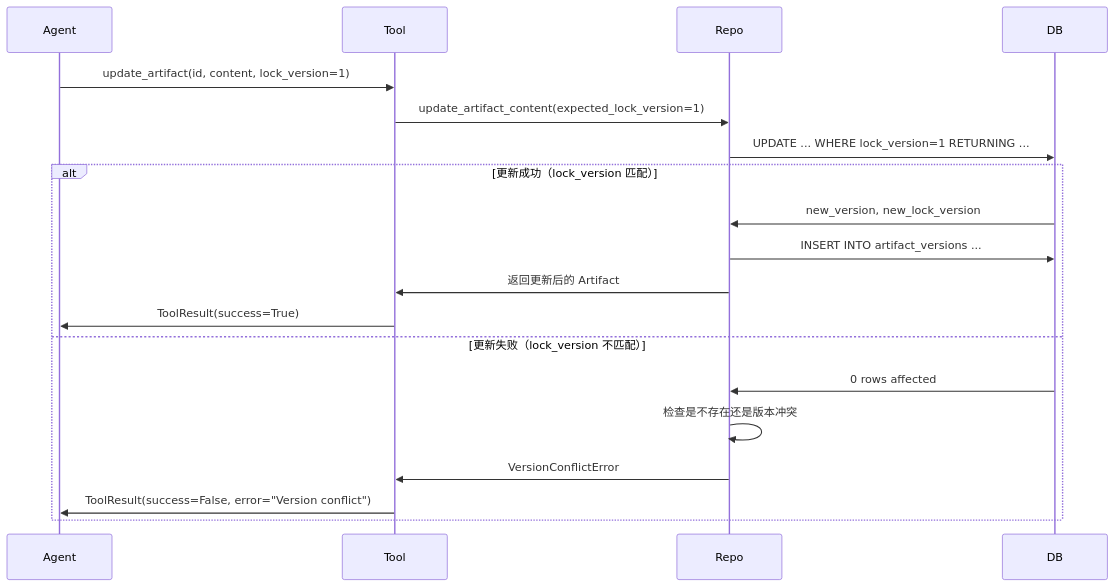
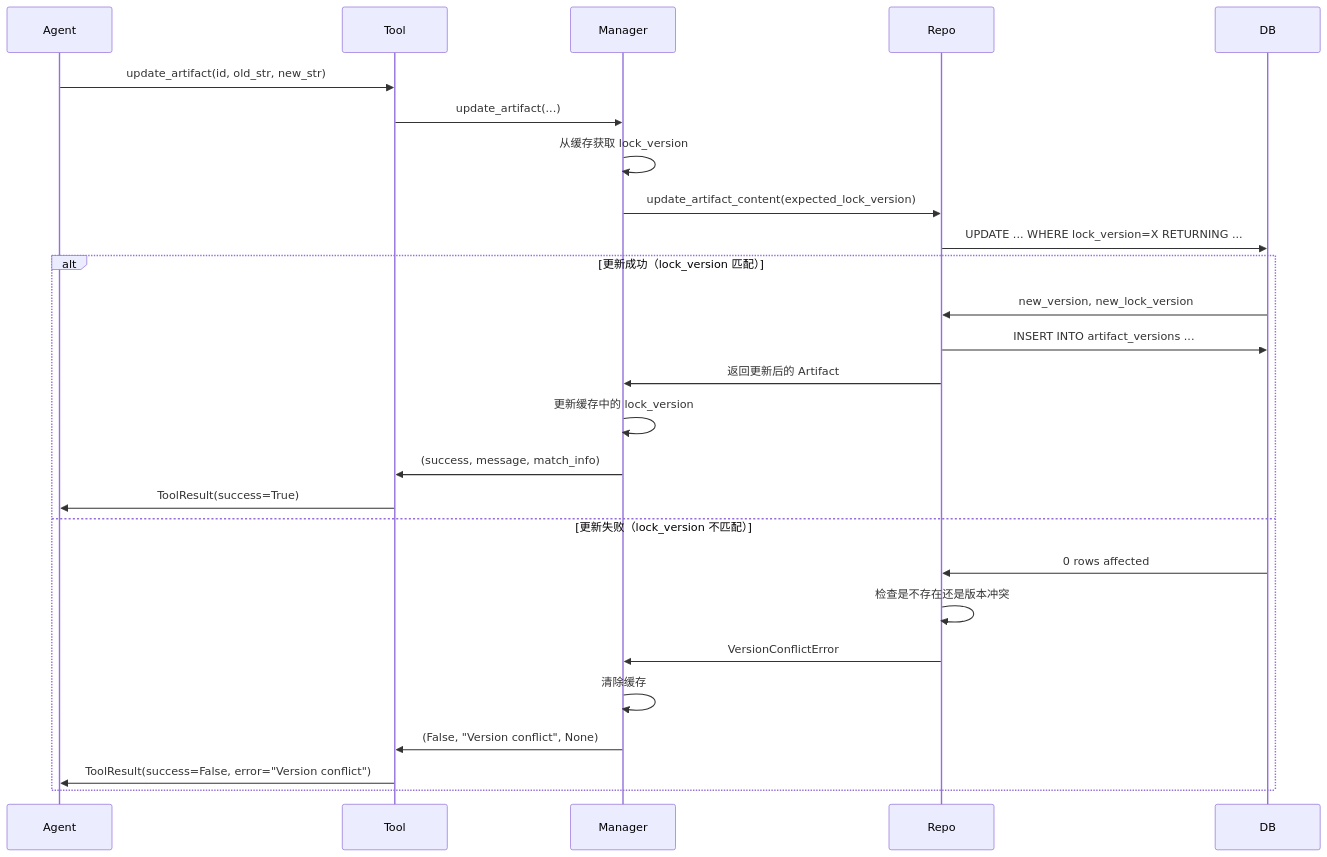
The second of 2 diagrams in docs/architecture/data-layer.md (Neutrino1998/artifact-flow), drawn with Mermaid before and after one commit. The commit also changed other lines of this file, not shown here.

Commit message:
fix: fix discrepancy

````diff
--- a/docs/architecture/data-layer.md
+++ b/docs/architecture/data-layer.md
@@ -404,23 +404,30 @@
 ```mermaid
 sequenceDiagram
     participant Agent
     participant Tool
+    participant Manager
     participant Repo
     participant DB
 
-    Agent->>Tool: update_artifact(id, content, lock_version=1)
-    Tool->>Repo: update_artifact_content(expected_lock_version=1)
-    Repo->>DB: UPDATE ... WHERE lock_version=1 RETURNING ...
+    Agent->>Tool: update_artifact(id, old_str, new_str)
+    Tool->>Manager: update_artifact(...)
+    Manager->>Manager: 从缓存获取 lock_version
+    Manager->>Repo: update_artifact_content(expected_lock_version)
+    Repo->>DB: UPDATE ... WHERE lock_version=X RETURNING ...
 
     alt 更新成功（lock_version 匹配）
         DB->>Repo: new_version, new_lock_version
         Repo->>DB: INSERT INTO artifact_versions ...
-        Repo->>Tool: 返回更新后的 Artifact
+        Repo->>Manager: 返回更新后的 Artifact
+        Manager->>Manager: 更新缓存中的 lock_version
+        Manager->>Tool: (success, message, match_info)
         Tool->>Agent: ToolResult(success=True)
     else 更新失败（lock_version 不匹配）
         DB->>Repo: 0 rows affected
         Repo->>Repo: 检查是不存在还是版本冲突
-        Repo->>Tool: VersionConflictError
+        Repo->>Manager: VersionConflictError
+        Manager->>Manager: 清除缓存
+        Manager->>Tool: (False, "Version conflict", None)
         Tool->>Agent: ToolResult(success=False, error="Version conflict")
     end
 ```
````
